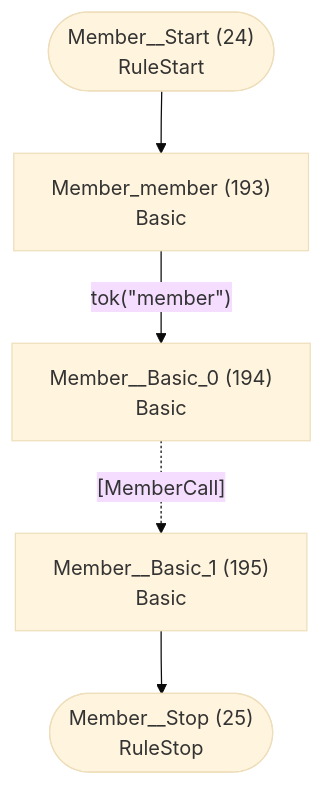
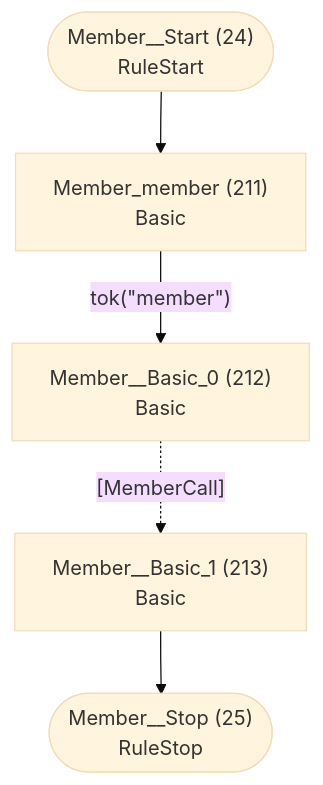
One commit to TypeFox/fastbelt changed diagram 13 of 46 in internal/languages/completion/atn.md. Above: the diagram before and after it, drawn with Mermaid (base theme). The commit also changed other lines of this file and 41 other files, not shown here.

````diff
--- a/internal/languages/completion/atn.md
+++ b/internal/languages/completion/atn.md
@@ -378,13 +398,13 @@
 ```mermaid
 flowchart TD
     q24(["Member__Start (24)<br/>RuleStart"])
     q25(["Member__Stop (25)<br/>RuleStop"])
-    q193["Member_member (193)<br/>Basic<br/>"]
-    q194["Member__Basic_0 (194)<br/>Basic<br/>"]
-    q195["Member__Basic_1 (195)<br/>Basic<br/>"]
+    q211["Member_member (211)<br/>Basic<br/>"]
+    q212["Member__Basic_0 (212)<br/>Basic<br/>"]
+    q213["Member__Basic_1 (213)<br/>Basic<br/>"]
 
-    q24 --> q193
-    q193 -->|"tok(&quot;member&quot;)"| q194
-    q194 -.->|"[MemberCall]"| q195
-    q195 --> q25
+    q24 --> q211
+    q211 -->|"tok(&quot;member&quot;)"| q212
+    q212 -.->|"[MemberCall]"| q213
+    q213 --> q25
 ```
````
